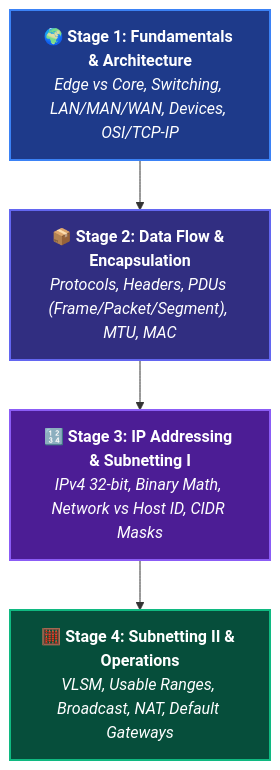
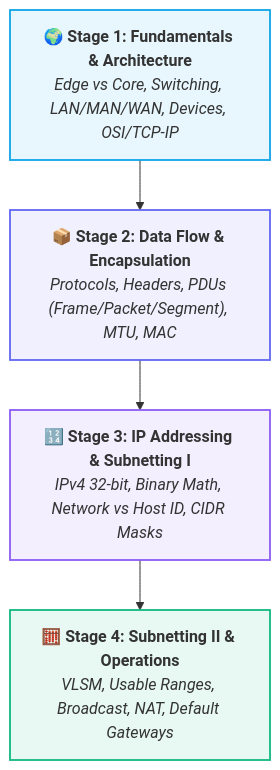
Before and after one commit to abhinavbharti2345/CS_Notes: the diagram in Computer Networking/README.md, drawn with Mermaid. The commit also changed 47 other files, not shown here.

Commit message:
docs: add computer science study notes and generate graphify visualization output

````diff
--- a/Computer Networking/README.md
+++ b/Computer Networking/README.md
@@ -20,14 +20,19 @@
 ```mermaid
 flowchart TD
     S1["🌍 <b>Stage 1: Fundamentals & Architecture</b><br><i>Edge vs Core, Switching, LAN/MAN/WAN, Devices, OSI/TCP-IP</i>"]
     S2["📦 <b>Stage 2: Data Flow & Encapsulation</b><br><i>Protocols, Headers, PDUs (Frame/Packet/Segment), MTU, MAC</i>"]
     S3["🔢 <b>Stage 3: IP Addressing & Subnetting I</b><br><i>IPv4 32-bit, Binary Math, Network vs Host ID, CIDR Masks</i>"]
     S4["🧮 <b>Stage 4: Subnetting II & Operations</b><br><i>VLSM, Usable Ranges, Broadcast, NAT, Default Gateways</i>"]
 
     S1 --> S2 --> S3 --> S4
 
-    style S1 fill:#1e3a8a,stroke:#3b82f6,stroke-width:2px,color:#fff
-    style S2 fill:#312e81,stroke:#6366f1,stroke-width:2px,color:#fff
-    style S3 fill:#4c1d95,stroke:#8b5cf6,stroke-width:2px,color:#fff
-    style S4 fill:#064e3b,stroke:#10b981,stroke-width:2px,color:#fff
+    classDef s1 fill:#0ea5e918,stroke:#0ea5e9,stroke-width:1.8px;
+    classDef s2 fill:#6366f118,stroke:#6366f1,stroke-width:1.8px;
+    classDef s3 fill:#8b5cf618,stroke:#8b5cf6,stroke-width:1.8px;
+    classDef s4 fill:#10b98118,stroke:#10b981,stroke-width:1.8px;
+
+    class S1 s1;
+    class S2 s2;
+    class S3 s3;
+    class S4 s4;
 ```
````
